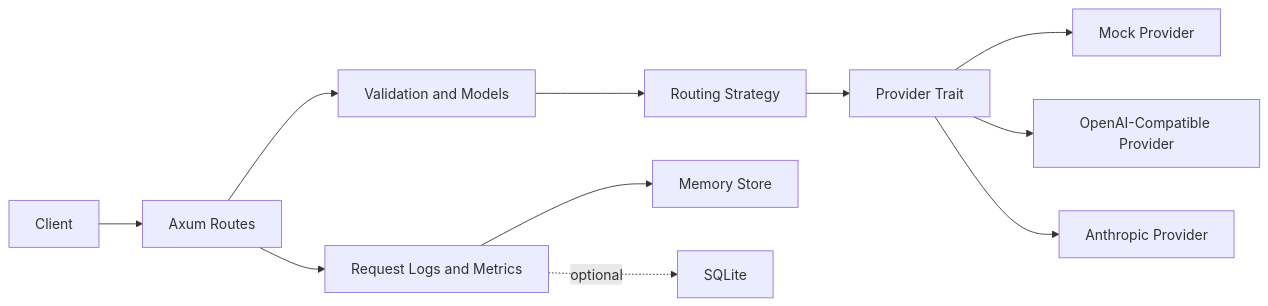
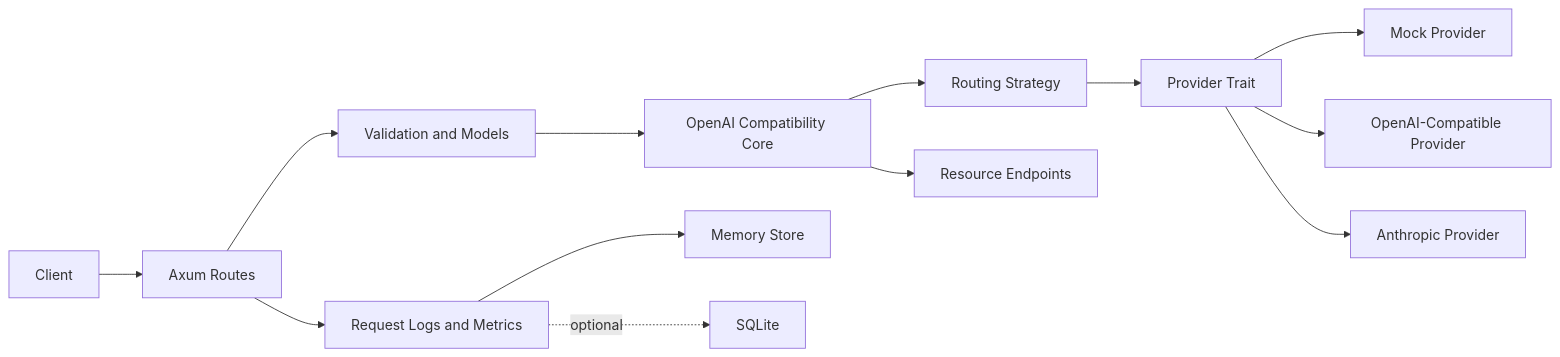
Before and after one commit to justinrm/rustygate: the diagram in docs/architecture.md, drawn with Mermaid. The commit also changed other lines of this file and 68 other files, not shown here.

First line of the commit message:
feat: OpenAI compat routes, rate limits, resilience, and ops docs

````diff
--- a/docs/architecture.md
+++ b/docs/architecture.md
@@ -7,13 +7,15 @@
 ```mermaid
 flowchart LR
     Client[Client] --> Routes[Axum Routes]
     Routes --> Models[Validation and Models]
-    Models --> Router[Routing Strategy]
+    Models --> Compat[OpenAI Compatibility Core]
+    Compat --> Router[Routing Strategy]
+    Compat --> ResourceRoutes[Resource Endpoints]
     Router --> Providers[Provider Trait]
     Providers --> Mock[Mock Provider]
     Providers --> OpenAI[OpenAI-Compatible Provider]
     Providers --> Anthropic[Anthropic Provider]
     Routes --> Telemetry[Request Logs and Metrics]
     Telemetry --> Storage[Memory Store]
     Telemetry -. optional .-> SQLite[SQLite]
 ```
````
